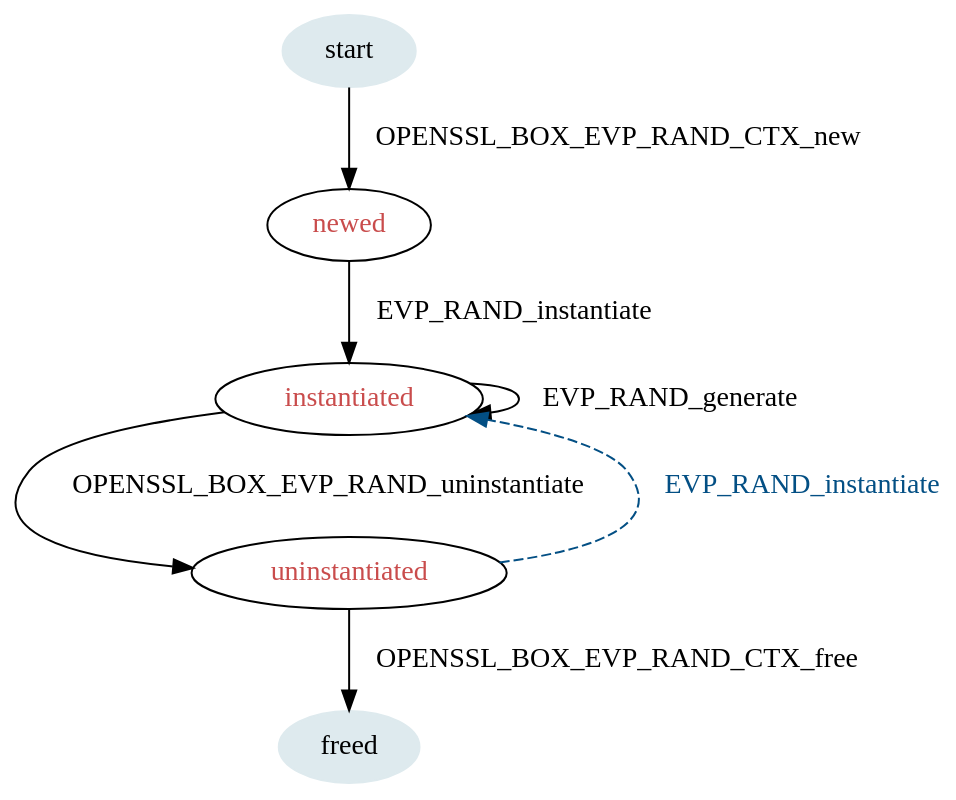
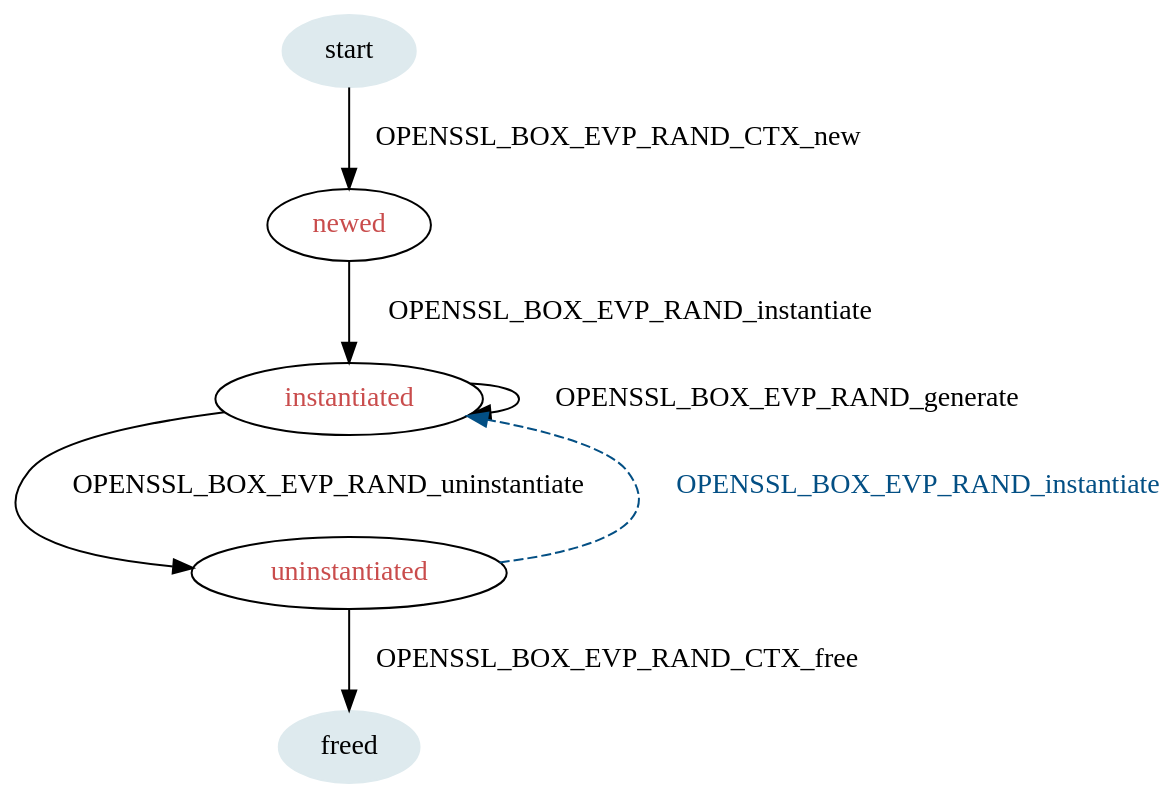
The diagram in doc/life-cycles/rand.dot (jogme/openssl), drawn with Graphviz before and after one commit. The commit also changed 587 other files, not shown here.

```diff
--- a/doc/life-cycles/rand.dot
+++ b/doc/life-cycles/rand.dot
@@ -1,16 +1,16 @@
 strict digraph rand {
     bgcolor="transparent";
 
     begin [label=start, color="#deeaee", style="filled"];
     newed [fontcolor="#c94c4c", style="solid"];
     instantiated [fontcolor="#c94c4c"];
     uninstantiated [fontcolor="#c94c4c"];
     end [label="freed", color="#deeaee", style="filled"];
 
     begin -> newed [label="OPENSSL_BOX_EVP_RAND_CTX_new"];
-    newed -> instantiated [label="EVP_RAND_instantiate"];
-    instantiated -> instantiated [label="EVP_RAND_generate"];
+    newed -> instantiated [label="OPENSSL_BOX_EVP_RAND_instantiate"];
+    instantiated -> instantiated [label="OPENSSL_BOX_EVP_RAND_generate"];
     instantiated -> uninstantiated [label="OPENSSL_BOX_EVP_RAND_uninstantiate"];
     uninstantiated -> end [label="OPENSSL_BOX_EVP_RAND_CTX_free"];
-    uninstantiated -> instantiated [label="EVP_RAND_instantiate", style=dashed, color="#034f84", fontcolor="#034f84"];
+    uninstantiated -> instantiated [label="OPENSSL_BOX_EVP_RAND_instantiate", style=dashed, color="#034f84", fontcolor="#034f84"];
 }
```
